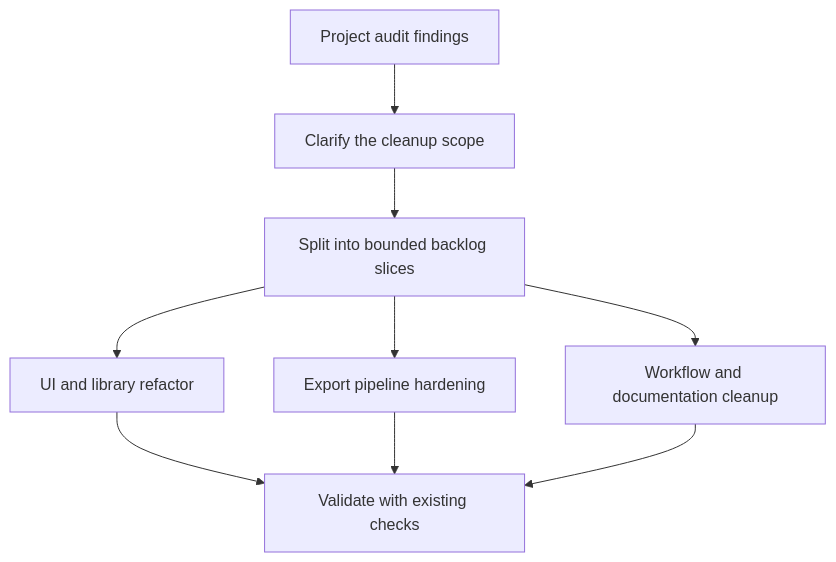
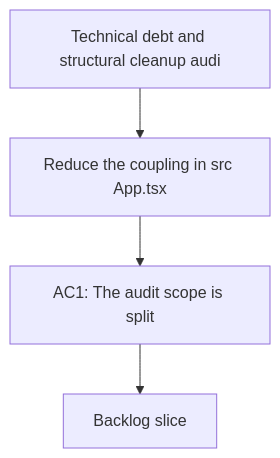
The diagram in logics/request/req_011_audit_de_dette_technique_et_cleanup_structurel.md (AlexAgo83/deepvault), drawn with Mermaid before and after one commit. The commit also changed 57 other files, not shown here.

````diff
--- a/logics/request/req_011_audit_de_dette_technique_et_cleanup_structurel.md
+++ b/logics/request/req_011_audit_de_dette_technique_et_cleanup_structurel.md
@@ -27,13 +27,8 @@
 ```mermaid
 %% logics-kind: request
 %% logics-signature: request|technical-debt-and-structural-cleanup-au|reduce-the-coupling-in-src-app-tsx|ac1-the-audit-scope-is-split
 flowchart TD
-    Audit[Project audit findings] --> Scope[Clarify the cleanup scope]
-    Scope --> Split[Split into bounded backlog slices]
-    Split --> Core[UI and library refactor]
-    Split --> Ops[Export pipeline hardening]
-    Split --> Docs[Workflow and documentation cleanup]
-    Core --> Validate[Validate with existing checks]
-    Ops --> Validate
-    Docs --> Validate
+    Trigger[Technical debt and structural cleanup audi] --> Need[Reduce the coupling in src App.tsx]
+    Need --> Outcome[AC1: The audit scope is split]
+    Outcome --> Backlog[Backlog slice]
 ```
````
